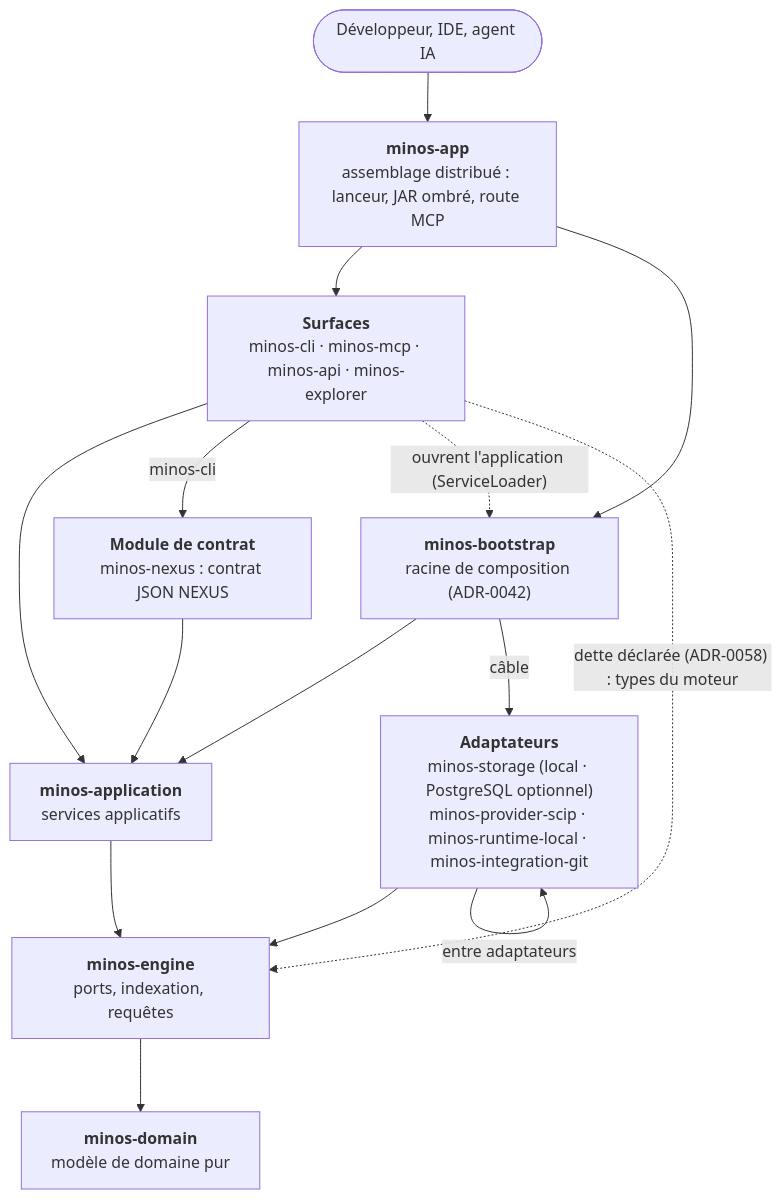
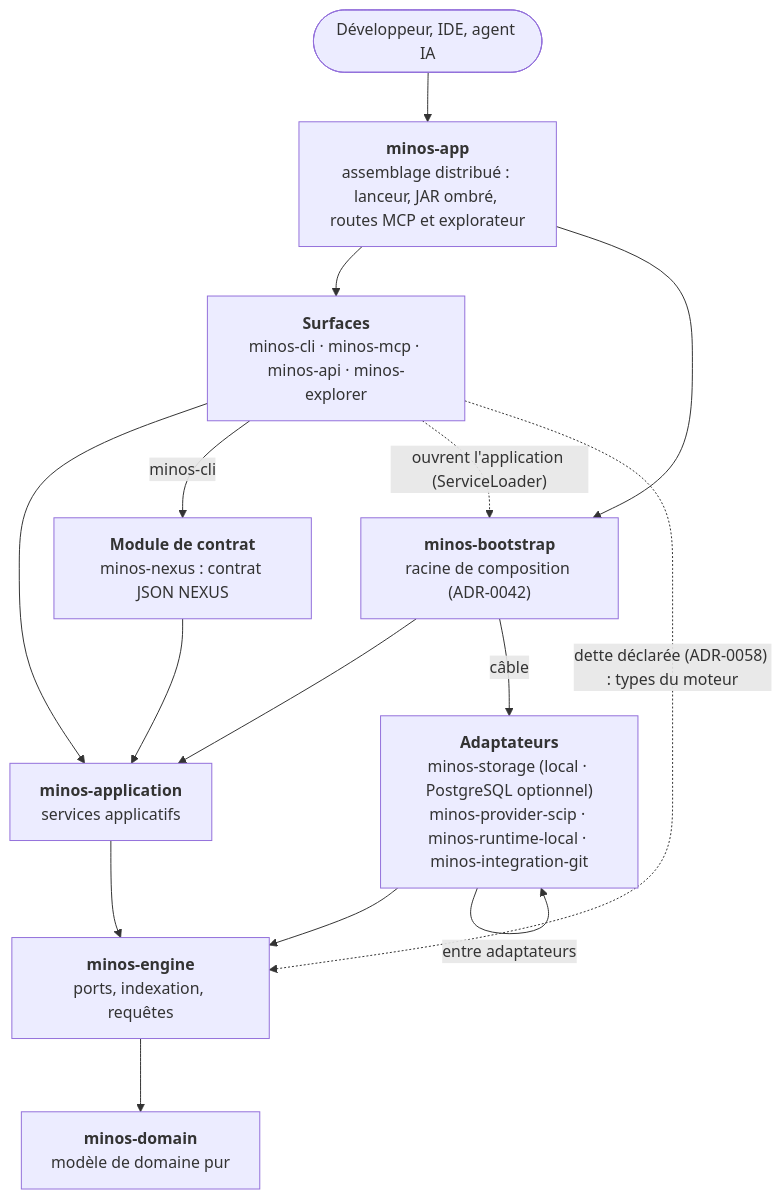
One commit to FTurleque/minos-code-intelligence changed the first of 2 diagrams in docs/architecture/arc42/05-vue-blocs.md. Above: the diagram before and after it, drawn with Mermaid. The commit also changed other lines of this file and 8 other files, not shown here.

First line of the commit message:
docs(architecture): aligner la prose d'architecture sur le code

````diff
--- a/docs/architecture/arc42/05-vue-blocs.md
+++ b/docs/architecture/arc42/05-vue-blocs.md
@@ -14,27 +14,27 @@
 ```mermaid
 flowchart TB
     clients(["Développeur, IDE, agent IA"])
-    app["<b>minos-app</b><br/>assemblage distribué : lanceur, JAR ombré, route MCP"]
+    app["<b>minos-app</b><br/>assemblage distribué : lanceur, JAR ombré, routes MCP et explorateur"]
     surfaces["<b>Surfaces</b><br/>minos-cli · minos-mcp · minos-api · minos-explorer"]
     contract["<b>Module de contrat</b><br/>minos-nexus : contrat JSON NEXUS"]
     bootstrap["<b>minos-bootstrap</b><br/>racine de composition (ADR-0042)"]
     application["<b>minos-application</b><br/>services applicatifs"]
     adapters["<b>Adaptateurs</b><br/>minos-storage (local · PostgreSQL optionnel)<br/>minos-provider-scip · minos-runtime-local · minos-integration-git"]
     engine["<b>minos-engine</b><br/>ports, indexation, requêtes"]
     domain["<b>minos-domain</b><br/>modèle de domaine pur"]
 
     clients --> app
     app --> surfaces
     app --> bootstrap
     surfaces --> application
     surfaces -->|"minos-cli"| contract
     contract --> application
     surfaces -.->|"ouvrent l'application (ServiceLoader)"| bootstrap
     bootstrap --> application
     bootstrap -->|"câble"| adapters
     application --> engine
     adapters --> engine
     adapters -->|"entre adaptateurs"| adapters
     surfaces -.->|"dette déclarée (ADR-0058) : types du moteur"| engine
     engine --> domain
 ```
````
